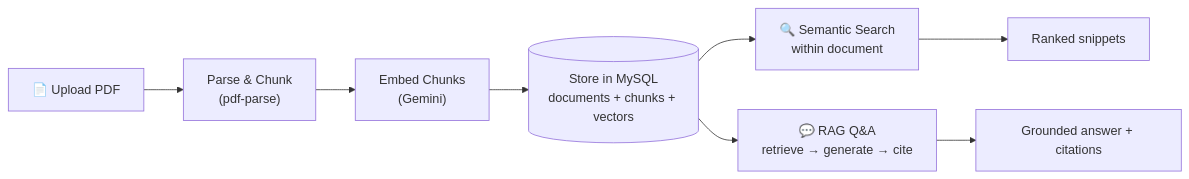
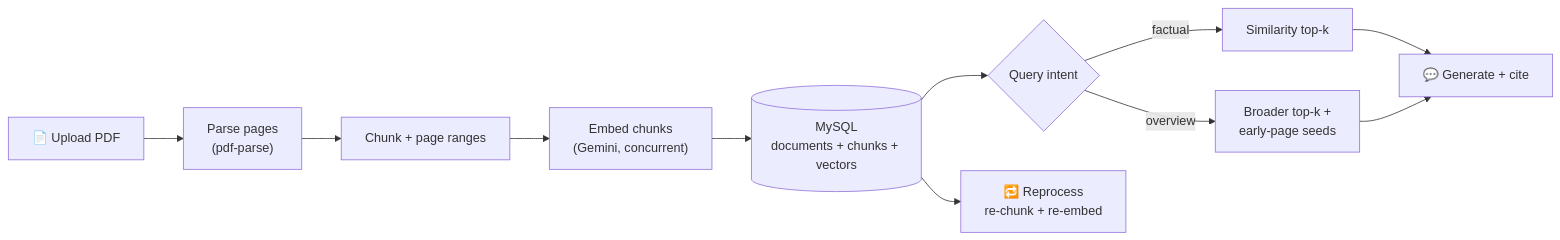
Before and after one commit to samuel9974/AI_Powered_Forum: the third of 4 diagrams in README.md, drawn with Mermaid. The commit also changed other lines of this file, not shown here.

````diff
--- a/README.md
+++ b/README.md
@@ -142,10 +152,13 @@
 ```mermaid
 flowchart LR
-    A["📄 Upload PDF"] --> B["Parse & Chunk\n(pdf-parse)"]
-    B --> C["Embed Chunks\n(Gemini)"]
-    C --> D[("Store in MySQL\ndocuments + chunks + vectors")]
-    D --> E["🔍 Semantic Search\nwithin document"]
-    D --> F["💬 RAG Q&A\nretrieve → generate → cite"]
-    E --> G["Ranked snippets"]
-    F --> H["Grounded answer + citations"]
+    A["📄 Upload PDF"] --> B["Parse pages\n(pdf-parse)"]
+    B --> C["Chunk + page ranges"]
+    C --> D["Embed chunks\n(Gemini, concurrent)"]
+    D --> E[("MySQL\ndocuments + chunks + vectors")]
+    E --> F{"Query intent"}
+    F -->|factual| G["Similarity top-k"]
+    F -->|overview| H["Broader top-k +\nearly-page seeds"]
+    G --> I["💬 Generate + cite"]
+    H --> I
+    E --> J["🔁 Reprocess\nre-chunk + re-embed"]
 ```
````
